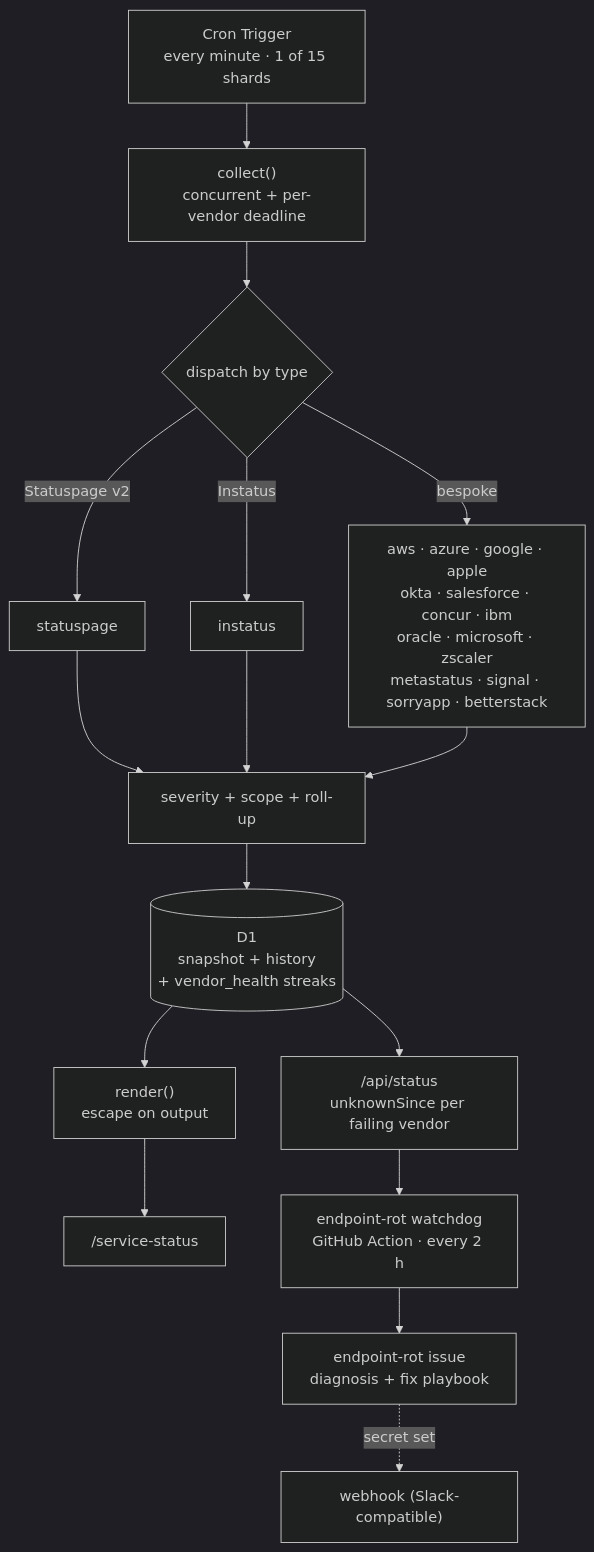
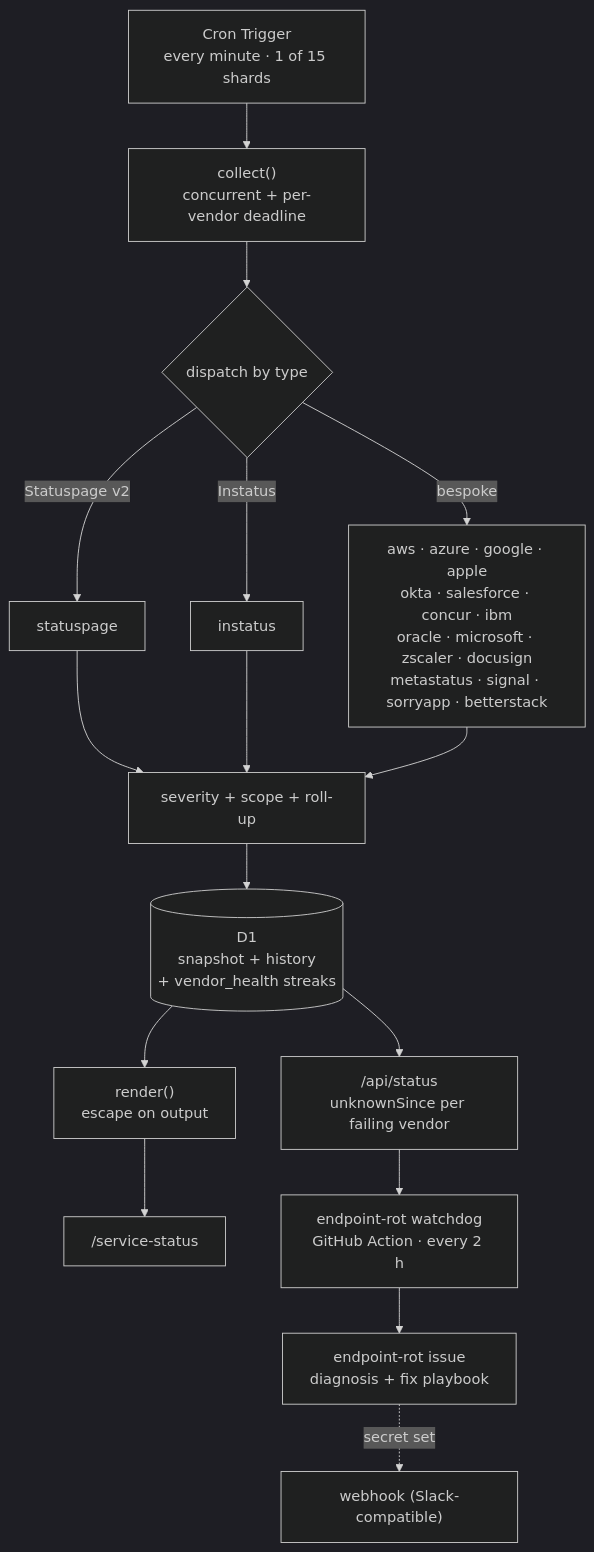
One commit to bjgreenberg/vendor-dashboard changed the first of 2 diagrams in README.md. Above: the diagram before and after it, drawn with Mermaid (dark theme). The commit also changed other lines of this file and 8 other files, not shown here.

````diff
--- a/README.md
+++ b/README.md
@@ -82,18 +82,18 @@
 ```mermaid
 flowchart TB
     cron["Cron Trigger<br/>every minute · 1 of 15 shards"] --> collect["collect()<br/>concurrent + per-vendor deadline"]
     collect --> adapters{"dispatch by type"}
     adapters -->|"Statuspage v2"| a1["statuspage"]
     adapters -->|"Instatus"| a2["instatus"]
-    adapters -->|"bespoke"| a3["aws · azure · google · apple<br/>okta · salesforce · concur · ibm<br/>oracle · microsoft · zscaler<br/>metastatus · signal · sorryapp · betterstack"]
+    adapters -->|"bespoke"| a3["aws · azure · google · apple<br/>okta · salesforce · concur · ibm<br/>oracle · microsoft · zscaler · docusign<br/>metastatus · signal · sorryapp · betterstack"]
     a1 --> norm["severity + scope + roll-up"]
     a2 --> norm
     a3 --> norm
     norm --> d1[("D1<br/>snapshot + history<br/>+ vendor_health streaks")]
     d1 --> render["render()<br/>escape on output"]
     render --> page["/service-status"]
     d1 --> api["/api/status<br/>unknownSince per failing vendor"]
     api --> wd["endpoint-rot watchdog<br/>GitHub Action · every 2 h"]
     wd --> issue["endpoint-rot issue<br/>diagnosis + fix playbook"]
     issue -.->|"secret set"| slack["webhook (Slack-compatible)"]
 ```
````
